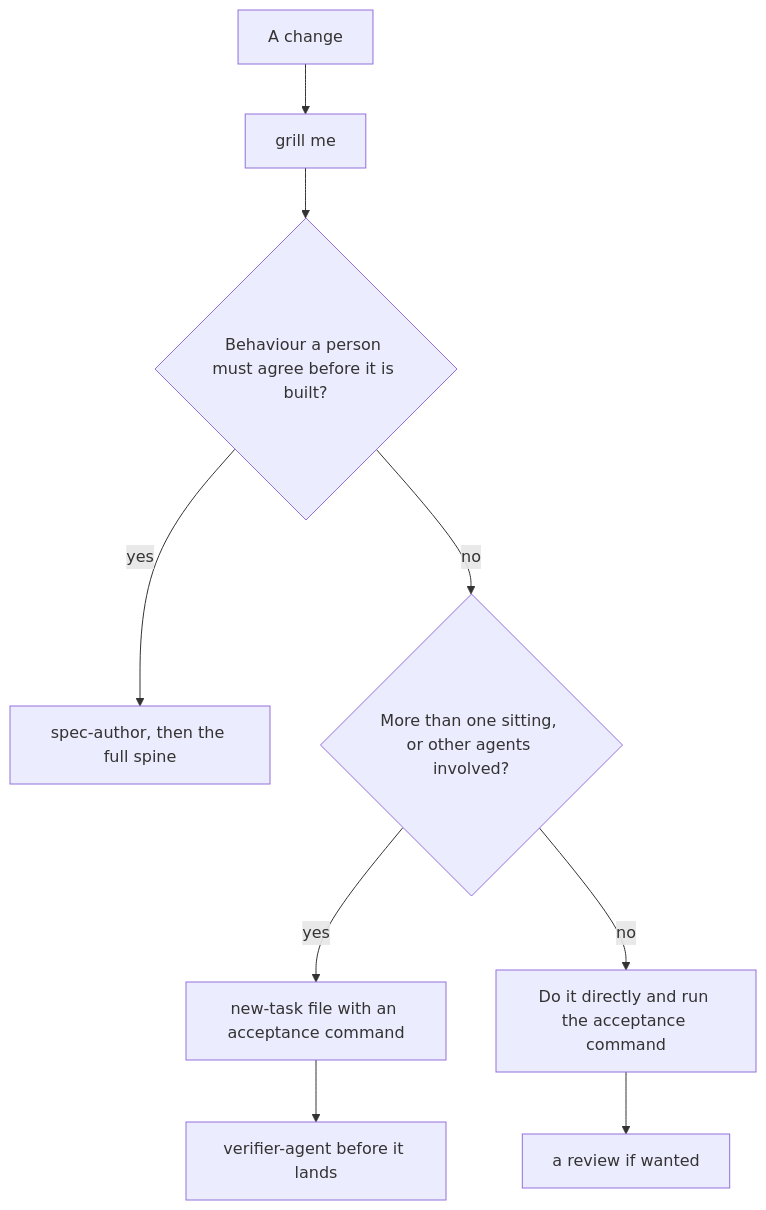
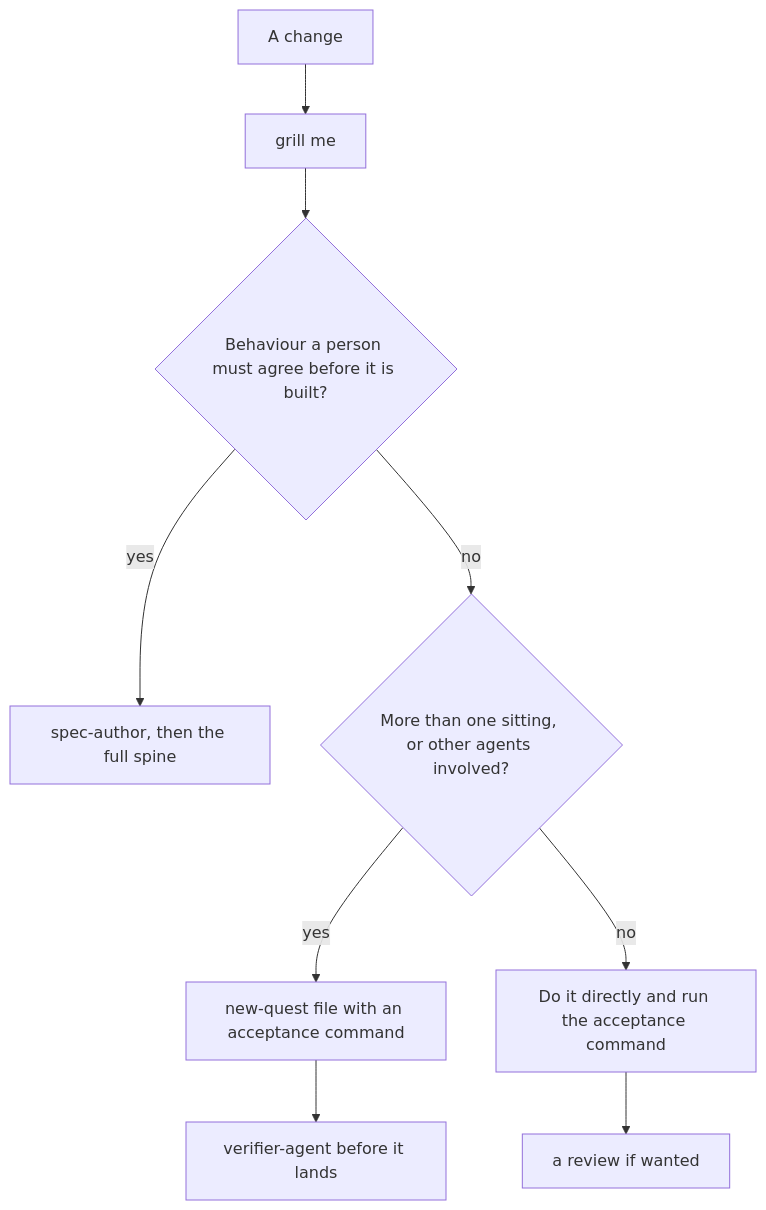
Before and after one commit to zen-solutions-dev/zen-agent-skills: the second of 2 diagrams in README.md, drawn with Mermaid. The commit also changed other lines of this file and 586 other files, not shown here.

````diff
--- a/README.md
+++ b/README.md
@@ -156,11 +165,11 @@
 ```mermaid
 flowchart TD
   A[A change] --> G[grill me]
   G --> B{Behaviour a person must agree before it is built?}
   B -- yes --> S[spec-author, then the full spine]
   B -- no --> C{More than one sitting, or other agents involved?}
-  C -- yes --> T[new-task file with an acceptance command]
+  C -- yes --> T[new-quest file with an acceptance command]
   C -- no --> D[Do it directly and run the acceptance command]
   T --> V[verifier-agent before it lands]
   D --> R[a review if wanted]
 ```
````
